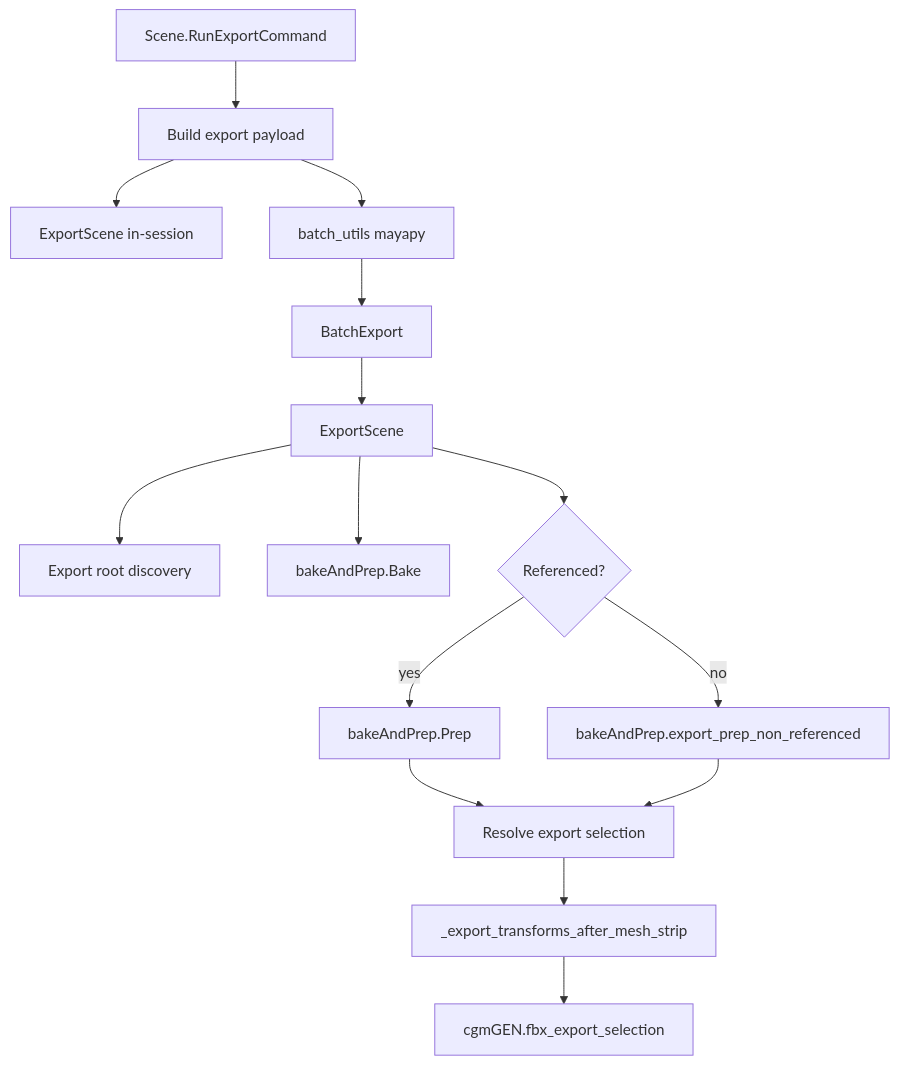
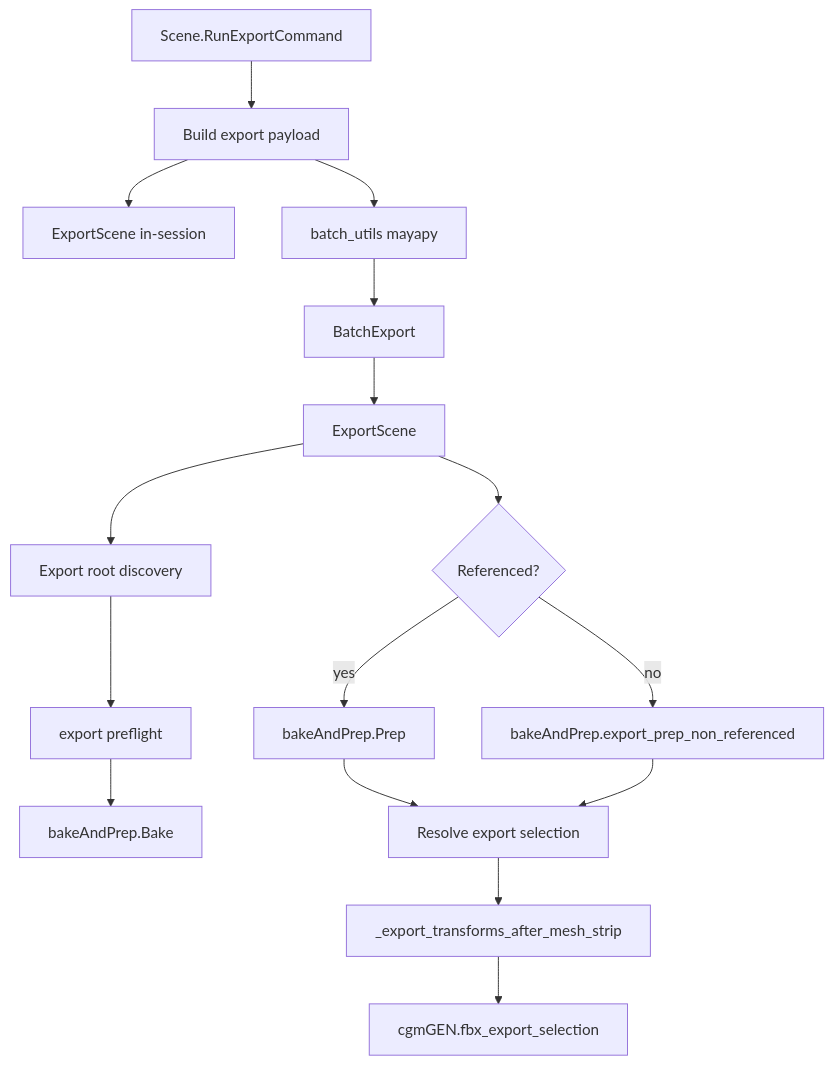
The first of 4 diagrams in Features/Feature_SceneExportFlow.md (jjburton/cgmToolsDev), drawn with Mermaid before and after one commit. The commit also changed other lines of this file and 5 other files, not shown here.

First line of the commit message:
Ship P4 save/export preflight and batch fixes

````diff
--- a/Features/Feature_SceneExportFlow.md
+++ b/Features/Feature_SceneExportFlow.md
@@ -47,17 +47,18 @@
 ```mermaid
 flowchart TD
   UI[Scene.RunExportCommand] --> Payload[Build export payload]
   Payload --> Interactive[ExportScene in-session]
   Payload --> Mayapy[batch_utils mayapy]
   Mayapy --> Batch[BatchExport]
   Batch --> ExportScene
   ExportScene --> Discover[Export root discovery]
-  ExportScene --> Bake[bakeAndPrep.Bake]
+  Discover --> Preflight[export preflight]
+  Preflight --> Bake[bakeAndPrep.Bake]
   ExportScene --> Branch{Referenced?}
   Branch -->|yes| PrepRef[bakeAndPrep.Prep]
   Branch -->|no| PrepNonRef[bakeAndPrep.export_prep_non_referenced]
   PrepRef --> Select[Resolve export selection]
   PrepNonRef --> Select
   Select --> MeshStrip[_export_transforms_after_mesh_strip]
   MeshStrip --> FBX[cgmGEN.fbx_export_selection]
 ```
````
